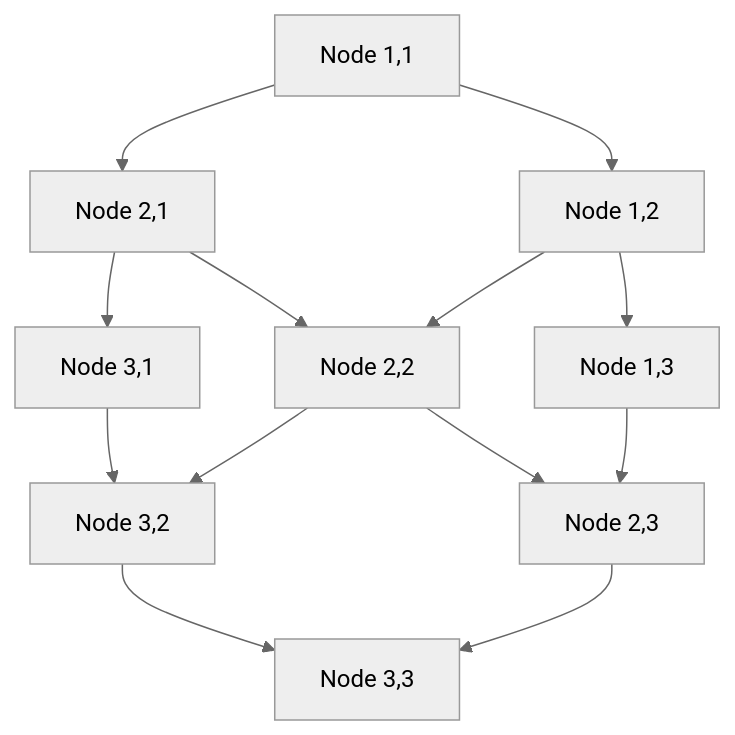
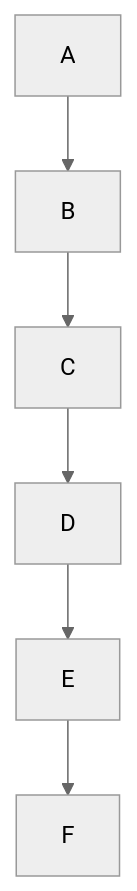
The third of 3 diagrams in Notebook/t-grid.md (Asy508/Construction), drawn with Mermaid (neutral theme) before and after one commit.

````diff
--- a/Notebook/t-grid.md
+++ b/Notebook/t-grid.md
@@ -64,24 +64,13 @@
 ```mermaid
 flowchart TD
-    %% Row 1
-    A1[Node 1,1] --> A2[Node 1,2]
-    A2 --> A3[Node 1,3]
+    %% Row 1 (Left to Right)
+    A[A] --> B[B]
+    B --> C[C]
 
-    %% Row 2
-    B1[Node 2,1] --> B2[Node 2,2]
-    B2 --> B3[Node 2,3]
+    %% Connection down to Row 2
+    C --> D[D]
 
-    %% Row 3
-    C1[Node 3,1] --> C2[Node 3,2]
-    C2 --> C3[Node 3,3]
-
-    %% Vertical Connections
-    A1 --> B1
-    B1 --> C1
-    
-    A2 --> B2
-    B2 --> C2
-    
-    A3 --> B3
-    B3 --> C3
+    %% Row 2 (Right to Left)
+    D --> E[E]
+    E --> F[F]
 ```
````
